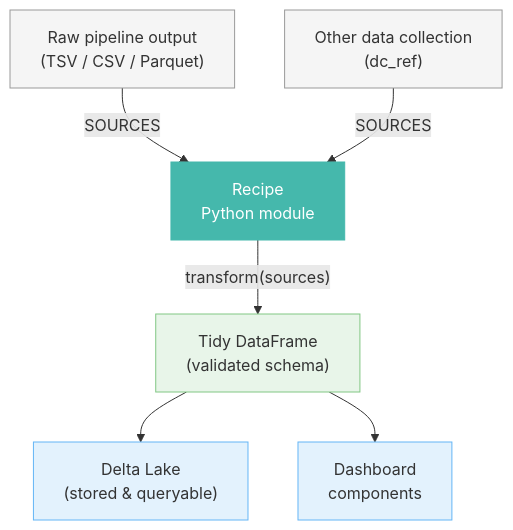
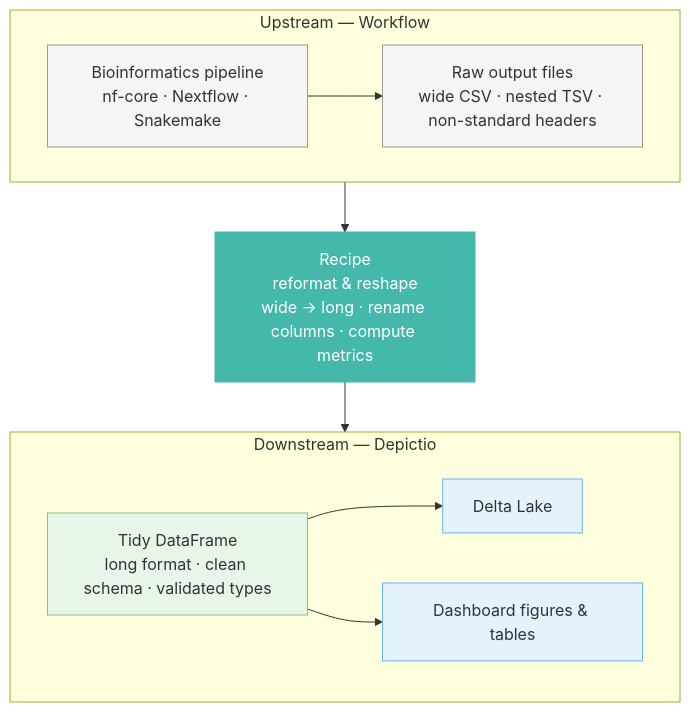
Before and after one commit to depictio/depictio-docs: the diagram in docs/usage/projects/recipes.md, drawn with Mermaid.

Commit message:
Redesign recipes diagram: upstream workflow → recipe → downstream Depictio

````diff
--- a/docs/usage/projects/recipes.md
+++ b/docs/usage/projects/recipes.md
@@ -5,15 +5,25 @@
 ```mermaid
 flowchart TD
-    A["Raw pipeline output\n(TSV / CSV / Parquet)"] -->|SOURCES| B
-    C["Other data collection\n(dc_ref)"] -->|SOURCES| B
-    B["Recipe\nPython module"] -->|"transform(sources)"| D["Tidy DataFrame\n(validated schema)"]
-    D --> E["Delta Lake\n(stored & queryable)"]
-    D --> F["Dashboard\ncomponents"]
+    subgraph up["Upstream — Workflow"]
+        W["Bioinformatics pipeline\nnf-core · Nextflow · Snakemake"]
+        W --> R["Raw output files\nwide CSV · nested TSV · non-standard headers"]
+    end
 
-    style A fill:#f5f5f5,stroke:#999
-    style C fill:#f5f5f5,stroke:#999
-    style B fill:#45B8AC,color:#fff,stroke:#45B8AC
+    T["Recipe\nreformat & reshape\nwide → long · rename columns · compute metrics"]
+
+    subgraph down["Downstream — Depictio"]
+        D["Tidy DataFrame\nlong format · clean schema · validated types"]
+        D --> DL["Delta Lake"]
+        D --> V["Dashboard figures & tables"]
+    end
+
+    up --> T
+    T --> down
+
+    style W fill:#f5f5f5,stroke:#999
+    style R fill:#f5f5f5,stroke:#999
+    style T fill:#45B8AC,color:#fff,stroke:#45B8AC
     style D fill:#e8f5e9,stroke:#81c784
-    style E fill:#e3f2fd,stroke:#64b5f6
-    style F fill:#e3f2fd,stroke:#64b5f6
+    style DL fill:#e3f2fd,stroke:#64b5f6
+    style V fill:#e3f2fd,stroke:#64b5f6
 ```
````
